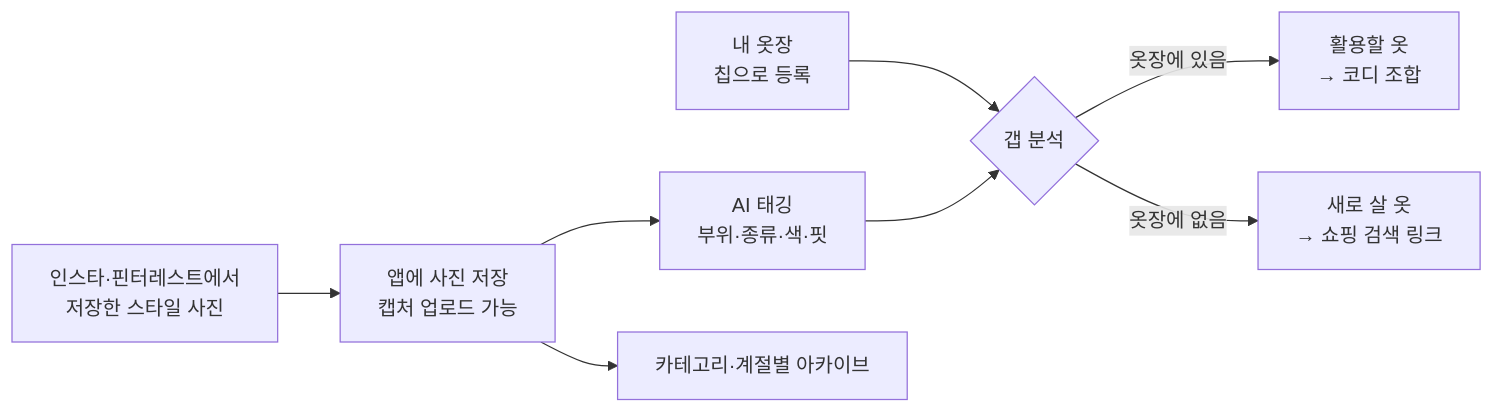
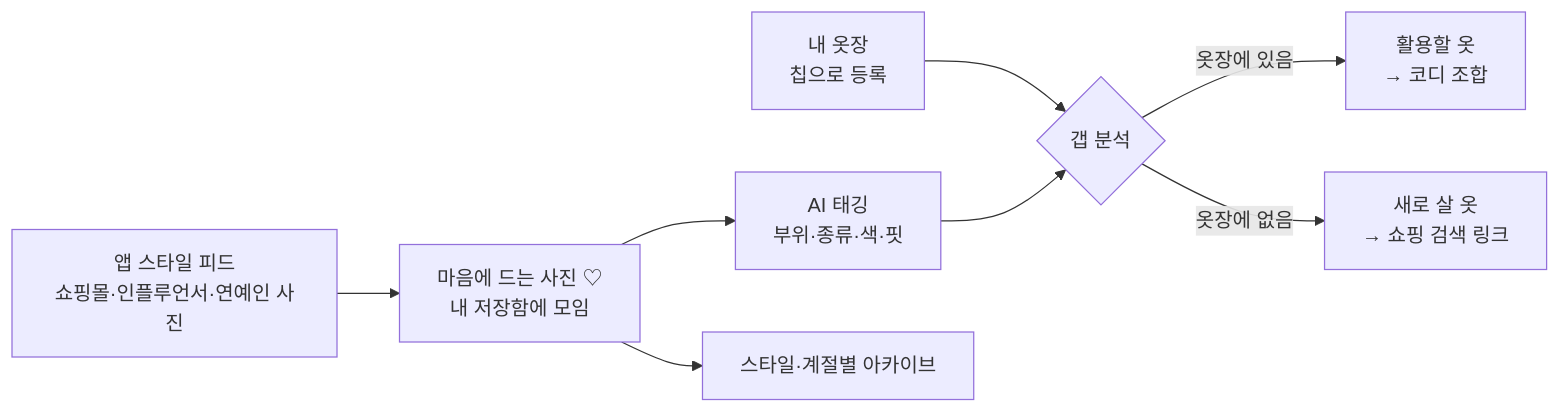
The diagram in README.md (jeong35/FULL-JOIN), drawn with Mermaid before and after one commit. The commit also changed other lines of this file and 10 other files, not shown here.

````diff
--- a/README.md
+++ b/README.md
@@ -39,10 +40,10 @@
 ```mermaid
 flowchart LR
-  A[인스타·핀터레스트에서<br/>저장한 스타일 사진] --> B[앱에 사진 저장<br/>캡처 업로드 가능]
+  A[앱 스타일 피드<br/>쇼핑몰·인플루언서·연예인 사진] --> B[마음에 드는 사진 ♡<br/>내 저장함에 모임]
   B --> C[AI 태깅<br/>부위·종류·색·핏]
   W[내 옷장<br/>칩으로 등록] --> D
   C --> D{갭 분석}
   D -->|옷장에 있음| E[활용할 옷<br/>→ 코디 조합]
   D -->|옷장에 없음| F[새로 살 옷<br/>→ 쇼핑 검색 링크]
-  B --> G[카테고리·계절별 아카이브]
+  B --> G[스타일·계절별 아카이브]
 ```
````
